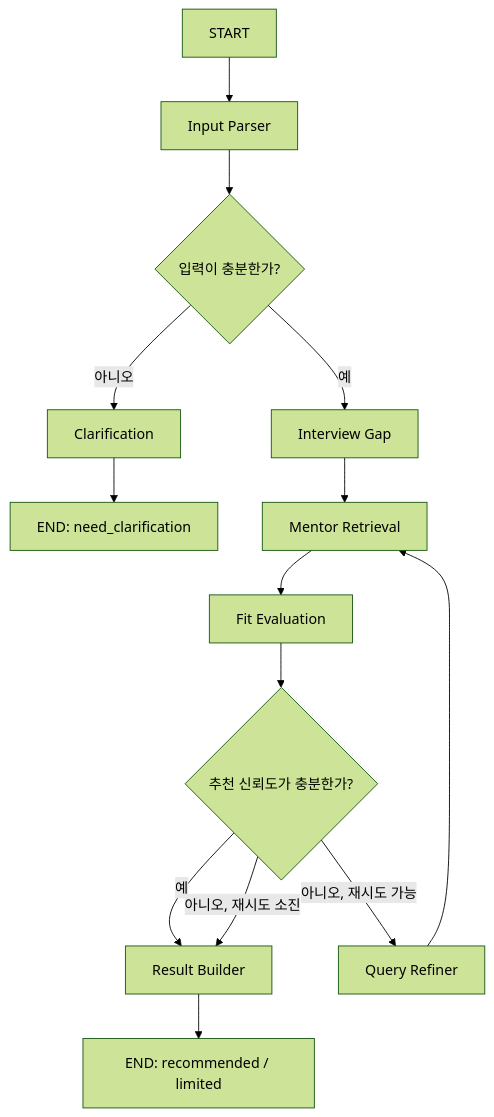
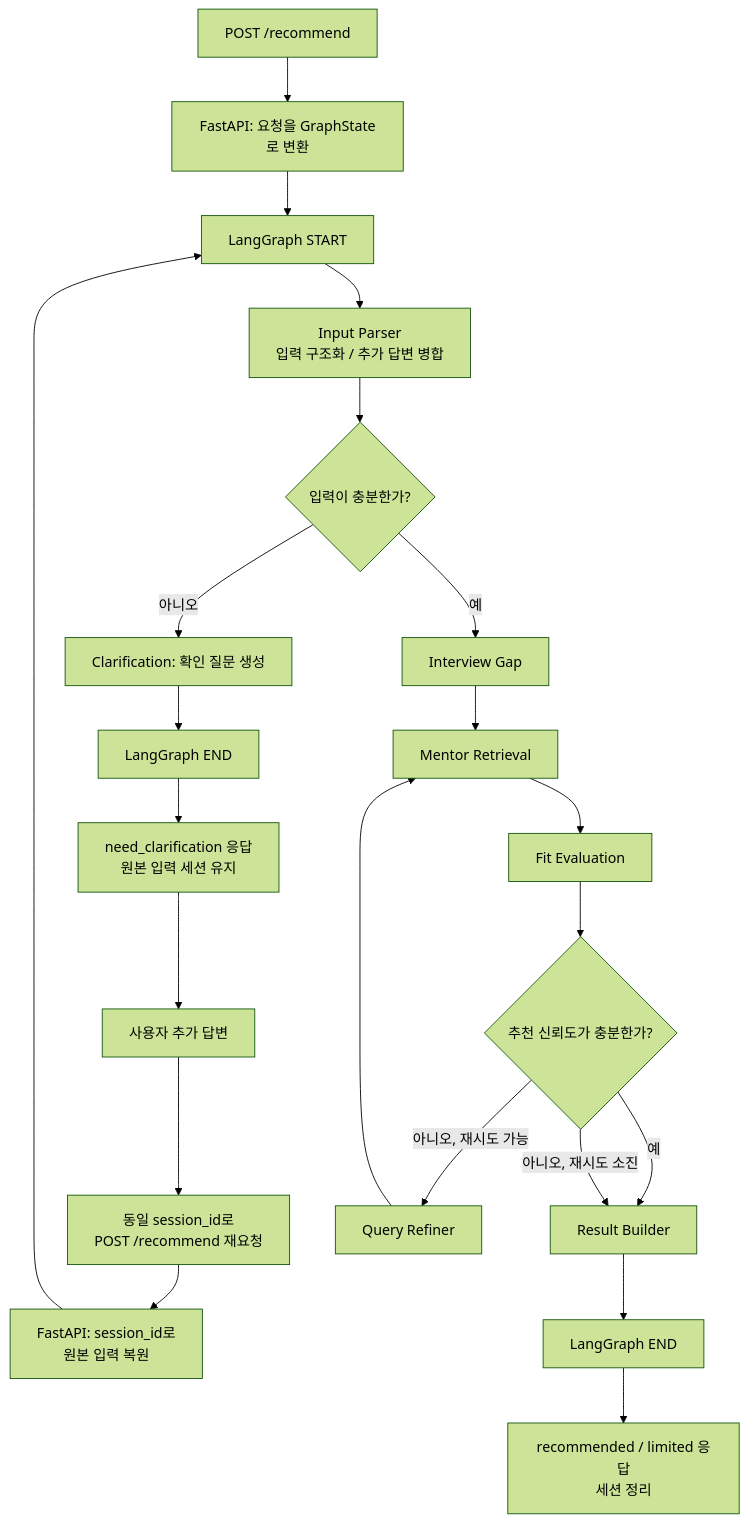
The second of 2 diagrams in README.md (rutczzo/ASM_TEAM2_AI_STUDY), drawn with Mermaid (forest theme) before and after one commit. The commit also changed other lines of this file, not shown here.

Commit message:
docs: 에이전트 플로우 및 프로젝트 README 정비

````diff
--- a/README.md
+++ b/README.md
@@ -44,16 +44,24 @@
 ```mermaid
 flowchart TD
-    S["START"] --> P["Input Parser"]
+    U["POST /recommend"] --> I["FastAPI: 요청을 GraphState로 변환"]
+    I --> S["LangGraph START"]
+    S --> P["Input Parser<br/>입력 구조화 / 추가 답변 병합"]
     P --> C{"입력이 충분한가?"}
-    C -->|"아니오"| Q["Clarification"]
-    Q --> E1["END: need_clarification"]
+    C -->|"아니오"| Q["Clarification: 확인 질문 생성"]
+    Q --> E1["LangGraph END"]
+    E1 --> N["need_clarification 응답<br/>원본 입력 세션 유지"]
+    N --> A["사용자 추가 답변"]
+    A --> U2["동일 session_id로<br/>POST /recommend 재요청"]
+    U2 --> M["FastAPI: session_id로<br/>원본 입력 복원"]
+    M --> S
     C -->|"예"| G["Interview Gap"]
     G --> R["Mentor Retrieval"]
     R --> F["Fit Evaluation"]
     F --> D{"추천 신뢰도가 충분한가?"}
     D -->|"예"| B["Result Builder"]
     D -->|"아니오, 재시도 가능"| X["Query Refiner"]
     X --> R
     D -->|"아니오, 재시도 소진"| B
-    B --> E2["END: recommended / limited"]
+    B --> E2["LangGraph END"]
+    E2 --> O["recommended / limited 응답<br/>세션 정리"]
 ```
````
